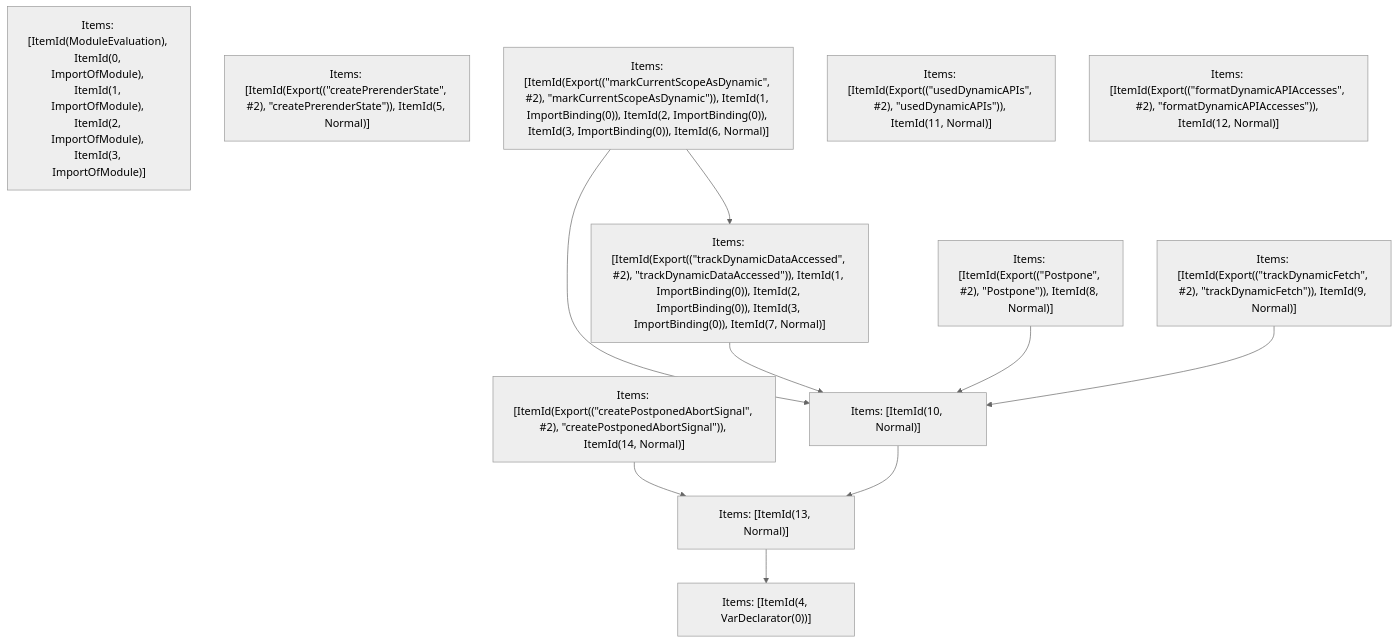
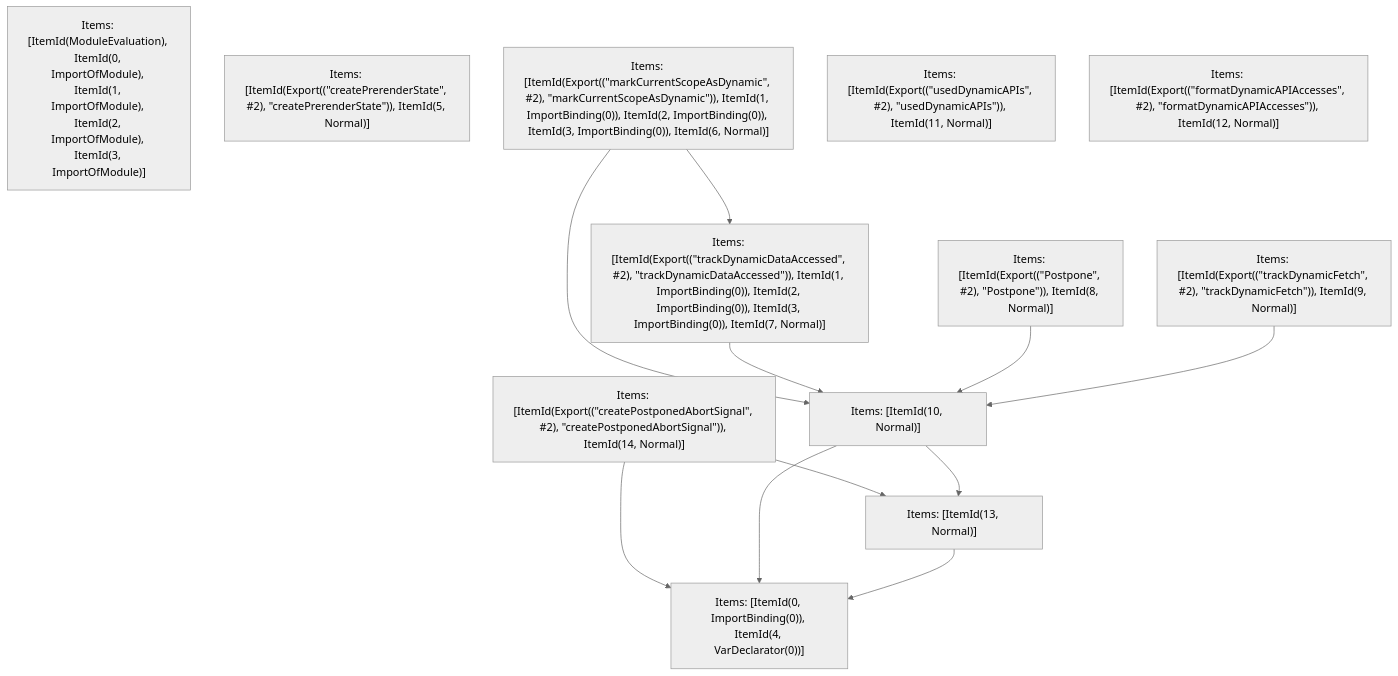
The fifth of 5 diagrams in crates/turbopack-ecmascript/tests/tree-shaker/analyzer/failed-2/output.md (vercel/turborepo), drawn with Mermaid (neutral theme) before and after one commit. The commit also changed other lines of this file and 15 other files, not shown here.

````diff
--- a/crates/turbopack-ecmascript/tests/tree-shaker/analyzer/failed-2/output.md
+++ b/crates/turbopack-ecmascript/tests/tree-shaker/analyzer/failed-2/output.md
@@ -524,23 +532,25 @@
 ```mermaid
 graph TD
     N0["Items: [ItemId(ModuleEvaluation), ItemId(0, ImportOfModule), ItemId(1, ImportOfModule), ItemId(2, ImportOfModule), ItemId(3, ImportOfModule)]"];
     N1["Items: [ItemId(Export((&quot;createPrerenderState&quot;, #2), &quot;createPrerenderState&quot;)), ItemId(5, Normal)]"];
     N2["Items: [ItemId(Export((&quot;markCurrentScopeAsDynamic&quot;, #2), &quot;markCurrentScopeAsDynamic&quot;)), ItemId(1, ImportBinding(0)), ItemId(2, ImportBinding(0)), ItemId(3, ImportBinding(0)), ItemId(6, Normal)]"];
     N3["Items: [ItemId(Export((&quot;trackDynamicDataAccessed&quot;, #2), &quot;trackDynamicDataAccessed&quot;)), ItemId(1, ImportBinding(0)), ItemId(2, ImportBinding(0)), ItemId(3, ImportBinding(0)), ItemId(7, Normal)]"];
     N4["Items: [ItemId(Export((&quot;Postpone&quot;, #2), &quot;Postpone&quot;)), ItemId(8, Normal)]"];
     N5["Items: [ItemId(Export((&quot;trackDynamicFetch&quot;, #2), &quot;trackDynamicFetch&quot;)), ItemId(9, Normal)]"];
     N6["Items: [ItemId(Export((&quot;usedDynamicAPIs&quot;, #2), &quot;usedDynamicAPIs&quot;)), ItemId(11, Normal)]"];
     N7["Items: [ItemId(Export((&quot;formatDynamicAPIAccesses&quot;, #2), &quot;formatDynamicAPIAccesses&quot;)), ItemId(12, Normal)]"];
     N8["Items: [ItemId(Export((&quot;createPostponedAbortSignal&quot;, #2), &quot;createPostponedAbortSignal&quot;)), ItemId(14, Normal)]"];
-    N9["Items: [ItemId(4, VarDeclarator(0))]"];
+    N9["Items: [ItemId(0, ImportBinding(0)), ItemId(4, VarDeclarator(0))]"];
     N10["Items: [ItemId(10, Normal)]"];
     N11["Items: [ItemId(13, Normal)]"];
     N2 --> N3;
     N2 --> N10;
     N3 --> N10;
     N4 --> N10;
     N5 --> N10;
     N8 --> N11;
+    N8 --> N9;
     N10 --> N11;
+    N10 --> N9;
     N11 --> N9;
 ```
````
